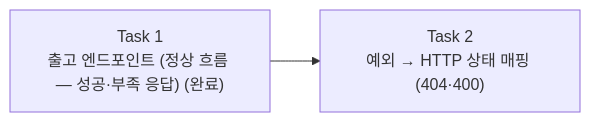
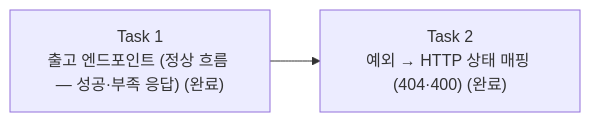
Before and after one commit to JuJin1324/assignment-inventory-management: the diagram in docs/epics/outbound/3-plan/story4/tasks.md, drawn with Mermaid. The commit also changed other lines of this file and 8 other files, not shown here.

First line of the commit message:
feat(outbound): Story 4 Task 2 — 예외 → HTTP 상태 매핑 (404·400)

````diff
--- a/docs/epics/outbound/3-plan/story4/tasks.md
+++ b/docs/epics/outbound/3-plan/story4/tasks.md
@@ -7,6 +7,6 @@
 ```mermaid
 graph LR
     T1["Task 1<br/>출고 엔드포인트 (정상 흐름 — 성공·부족 응답) (완료)"]
-    T2["Task 2<br/>예외 → HTTP 상태 매핑 (404·400)"]
+    T2["Task 2<br/>예외 → HTTP 상태 매핑 (404·400) (완료)"]
     T1 --> T2
 ```
````
